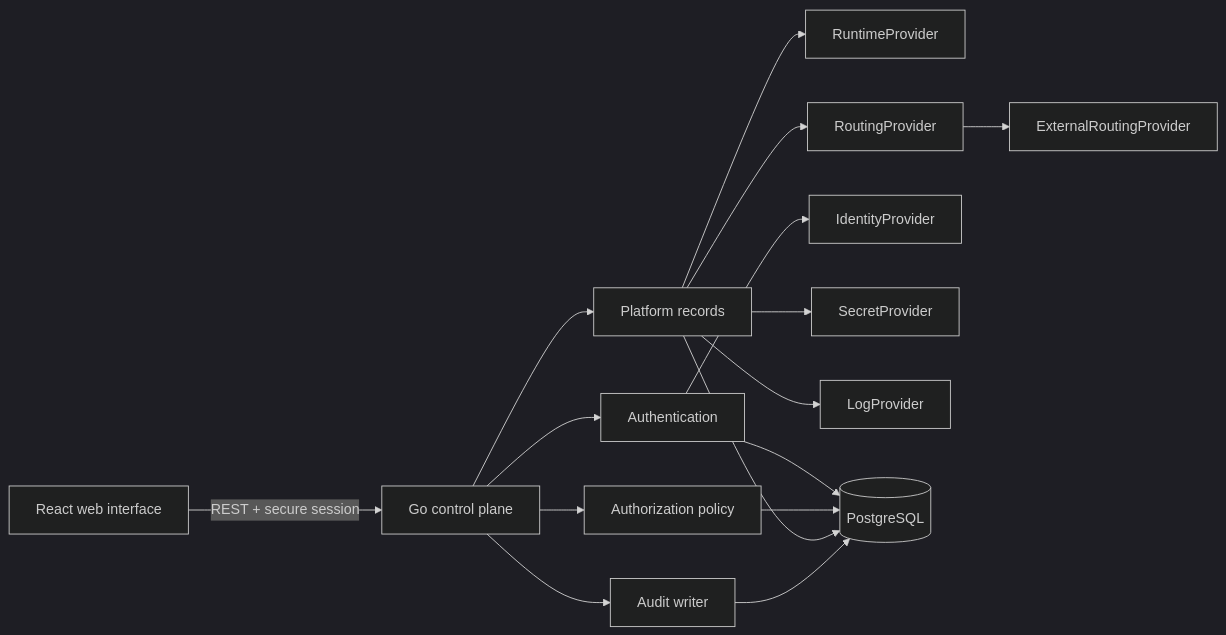
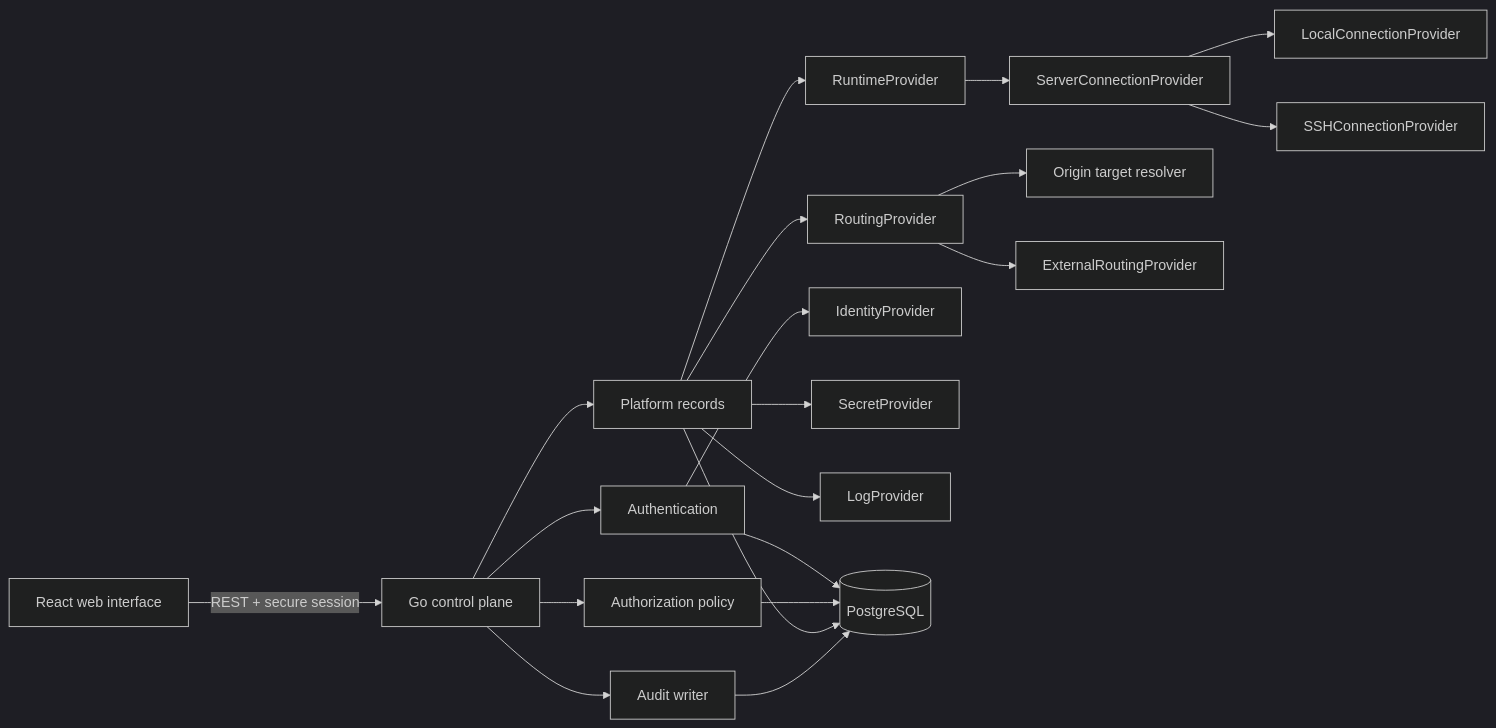
One commit to itsmangooo/Silicon changed the first of 2 diagrams in ARCHITECTURE.md. Above: the diagram before and after it, drawn with Mermaid (dark theme). The commit also changed other lines of this file and 24 other files, not shown here.

Commit message:
Document SSH routing and refresh UI previews

````diff
--- a/ARCHITECTURE.md
+++ b/ARCHITECTURE.md
@@ -5,18 +5,22 @@
 ```mermaid
 flowchart LR
     Browser[React web interface] -->|REST + secure session| API[Go control plane]
     API --> Auth[Authentication]
     API --> Policy[Authorization policy]
     API --> Platform[Platform records]
     Platform --> Runtime[RuntimeProvider]
+    Runtime --> Connection[ServerConnectionProvider]
+    Connection --> Local[LocalConnectionProvider]
+    Connection --> SSH[SSHConnectionProvider]
     Platform --> Routing[RoutingProvider]
+    Routing --> Origin[Origin target resolver]
     Auth --> Identity[IdentityProvider]
     Platform --> Secret[SecretProvider]
     Platform --> Logs[LogProvider]
     Auth --> DB[(PostgreSQL)]
     Policy --> DB
     Platform --> DB
     API --> Audit[Audit writer]
     Audit --> DB
     Routing --> External[ExternalRoutingProvider]
 ```
````
